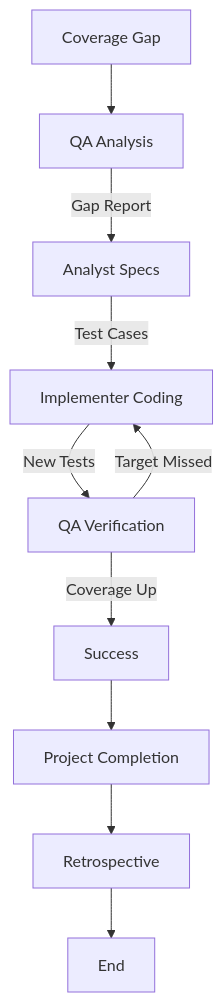
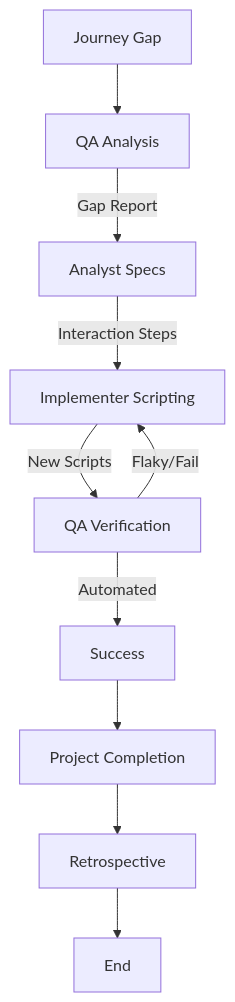
Before and after one commit to seanspiesman/Agents-and-Workflows: the diagram in custom-agents/workflows/quality/TestCoverage.workflow.md, drawn with Mermaid. The commit also changed other lines of this file and 13 other files, not shown here.

````diff
--- a/custom-agents/workflows/quality/TestCoverage.workflow.md
+++ b/custom-agents/workflows/quality/TestCoverage.workflow.md
@@ -91,12 +91,12 @@
 ```mermaid
 flowchart TD
-    A[Coverage Gap] --> B[QA Analysis]
+    A[Journey Gap] --> B[QA Analysis]
     B -->|Gap Report| C[Analyst Specs]
-    C -->|Test Cases| D[Implementer Coding]
-    D -->|New Tests| E[QA Verification]
-    E -->|Target Missed| D
-    E -->|Coverage Up| F[Success]
+    C -->|Interaction Steps| D[Implementer Scripting]
+    D -->|New Scripts| E[QA Verification]
+    E -->|Flaky/Fail| D
+    E -->|Automated| F[Success]
     F --> G[Project Completion]
     G --> I[Retrospective]
     I --> H[End]
 ```
````
